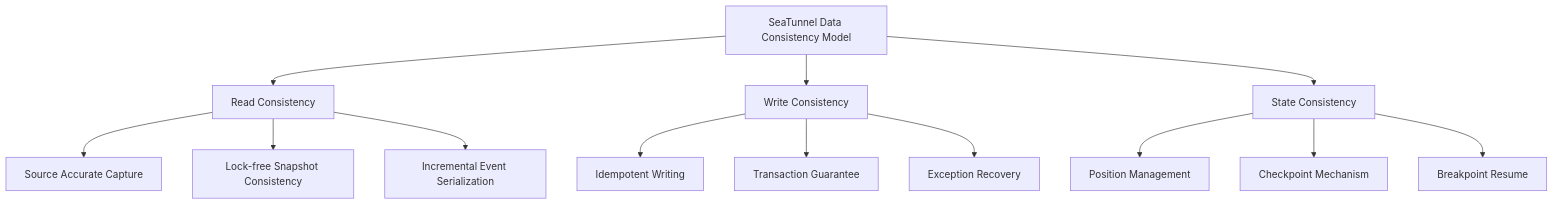
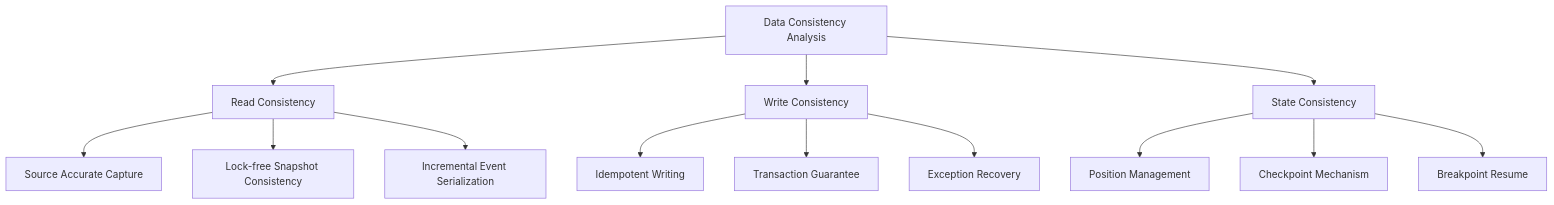
Before and after one commit to apache/seatunnel-website: the first of 8 diagrams in blog/2026-07-25-seatunnel-zero-loss-zero-duplication-data-consistency.md, drawn with Mermaid. The commit also changed other lines of this file and 1 other file, not shown here.

Commit message:
Refine data consistency guarantees and examples

````diff
--- a/blog/2026-07-25-seatunnel-zero-loss-zero-duplication-data-consistency.md
+++ b/blog/2026-07-25-seatunnel-zero-loss-zero-duplication-data-consistency.md
@@ -21,18 +23,18 @@
 ```mermaid
 graph TD
-    A[SeaTunnel Data Consistency Model] --> B[Read Consistency]
+    A[Data Consistency Analysis] --> B[Read Consistency]
     A --> C[Write Consistency]
     A --> D[State Consistency]
 
     B --> B1[Source Accurate Capture]
     B --> B2[Lock-free Snapshot Consistency]
     B --> B3[Incremental Event Serialization]
 
     C --> C1[Idempotent Writing]
     C --> C2[Transaction Guarantee]
     C --> C3[Exception Recovery]
 
     D --> D1[Position Management]
     D --> D2[Checkpoint Mechanism]
     D --> D3[Breakpoint Resume]
 ```
````
